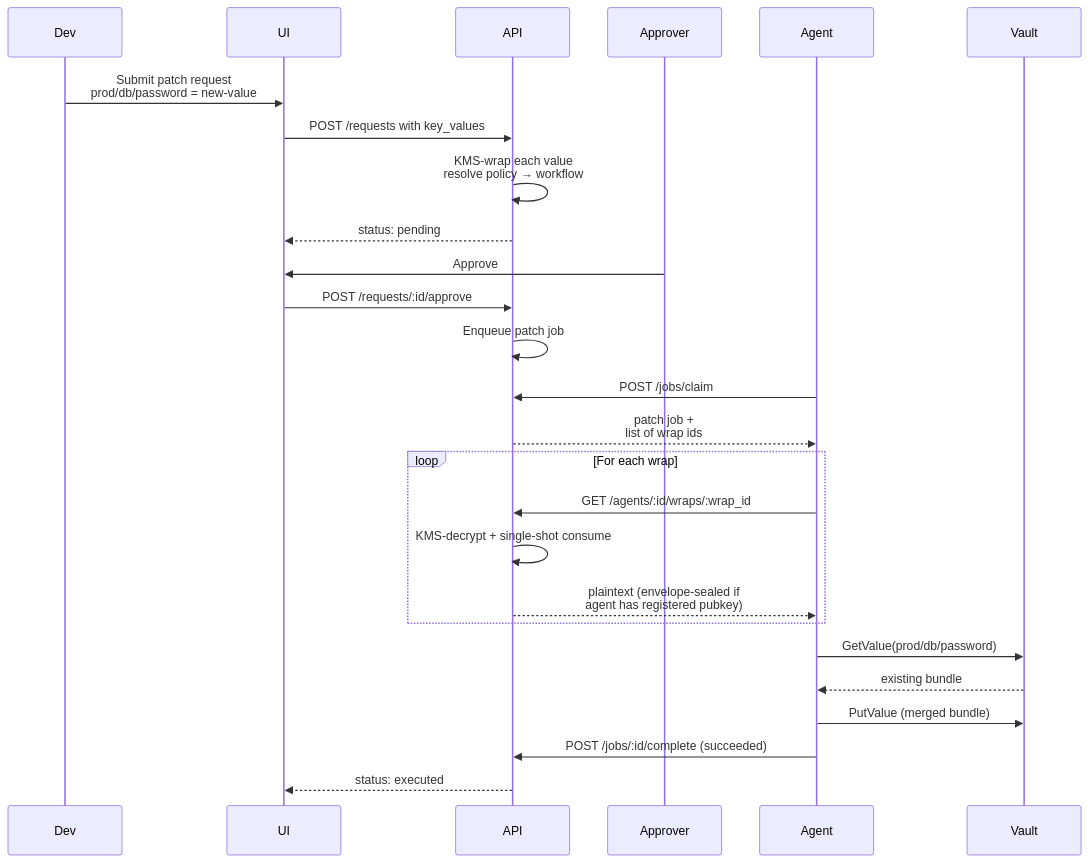
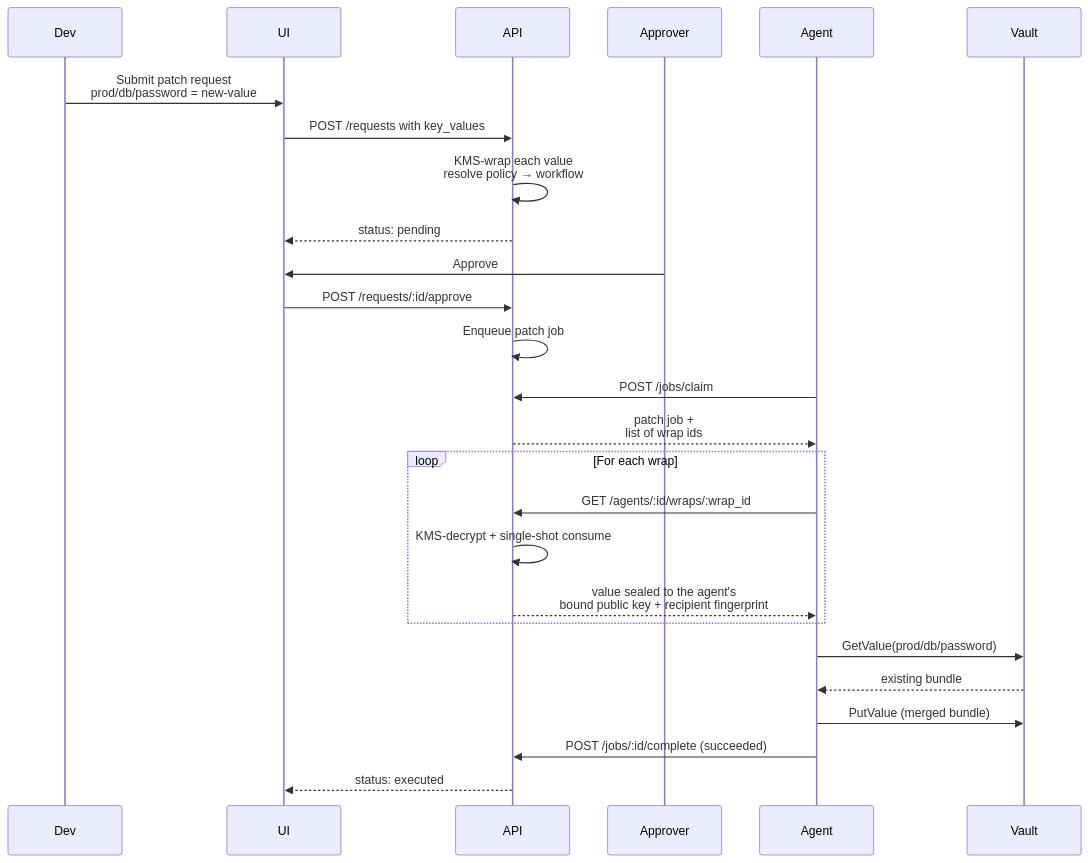
Before and after one commit to secrets-bridge/docs: the third of 5 diagrams in docs/overview/architecture.md, drawn with Mermaid. The commit also changed other lines of this file and 13 other files, not shown here.

````diff
--- a/docs/overview/architecture.md
+++ b/docs/overview/architecture.md
@@ -109,29 +109,29 @@
     ```mermaid
     sequenceDiagram
         participant Dev
         participant UI
         participant API
         participant Approver
         participant Agent
         participant Vault
 
         Dev->>UI: Submit patch request<br/>prod/db/password = new-value
         UI->>API: POST /requests with key_values
         API->>API: KMS-wrap each value<br/>resolve policy → workflow
         API-->>UI: status: pending
         Approver->>UI: Approve
         UI->>API: POST /requests/:id/approve
         API->>API: Enqueue patch job
         Agent->>API: POST /jobs/claim
         API-->>Agent: patch job +<br/>list of wrap ids
         loop For each wrap
             Agent->>API: GET /agents/:id/wraps/:wrap_id
             API->>API: KMS-decrypt + single-shot consume
-            API-->>Agent: plaintext (envelope-sealed if<br/>agent has registered pubkey)
+            API-->>Agent: value sealed to the agent's<br/>bound public key + recipient fingerprint
         end
         Agent->>Vault: GetValue(prod/db/password)
         Vault-->>Agent: existing bundle
         Agent->>Vault: PutValue (merged bundle)
         Agent->>API: POST /jobs/:id/complete (succeeded)
         API-->>UI: status: executed
     ```
````
